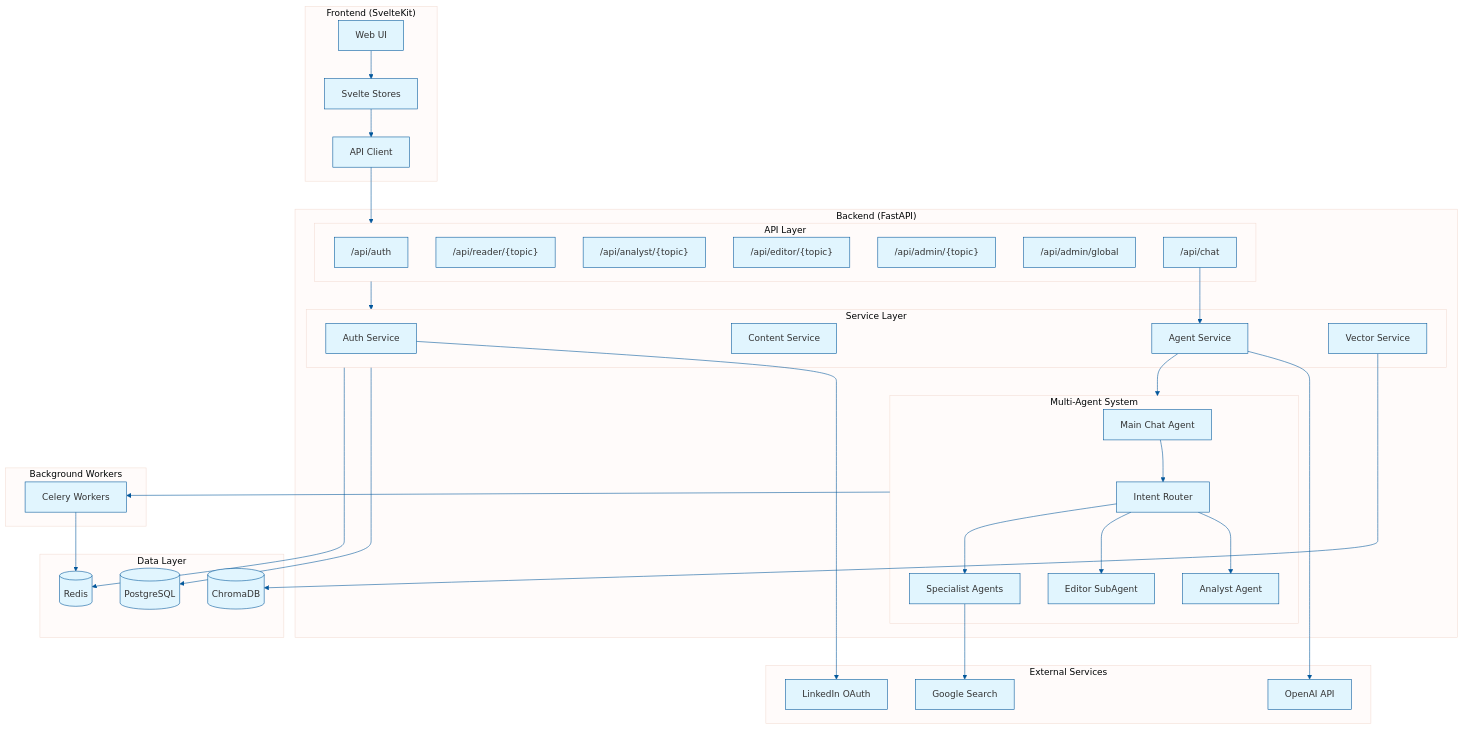
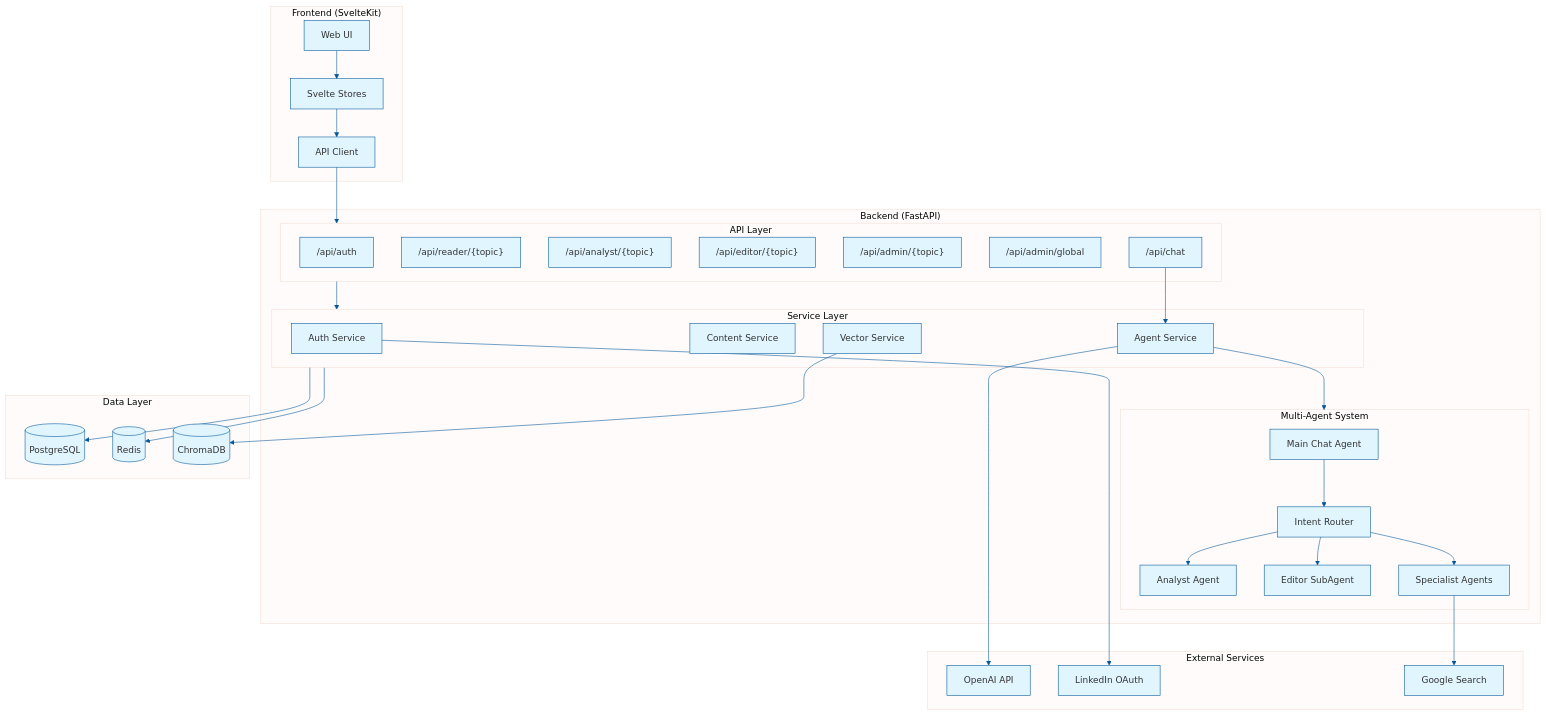
The diagram in docs/diagrams/system-architecture.mmd (simhal/chat_bot), drawn with Mermaid before and after one commit. The commit also changed 115 other files, not shown here.

```diff
--- a/docs/diagrams/system-architecture.mmd
+++ b/docs/diagrams/system-architecture.mmd
@@ -1,74 +1,67 @@
 %%{init: {'theme': 'base', 'themeVariables': { 'primaryColor': '#e1f5fe', 'primaryBorderColor': '#01579b', 'lineColor': '#01579b'}}}%%
 graph TB
     subgraph Frontend["Frontend (SvelteKit)"]
         UI[Web UI]
         Stores[Svelte Stores]
         API_Client[API Client]
     end
 
     subgraph Backend["Backend (FastAPI)"]
         subgraph API_Layer["API Layer"]
             Auth_API["/api/auth"]
             Reader_API["/api/reader/{topic}"]
             Analyst_API["/api/analyst/{topic}"]
             Editor_API["/api/editor/{topic}"]
             Admin_API["/api/admin/{topic}"]
             Global_Admin["/api/admin/global"]
             Chat_API["/api/chat"]
         end
 
         subgraph Services["Service Layer"]
             Auth_Service[Auth Service]
             Content_Service[Content Service]
             Agent_Service[Agent Service]
             Vector_Service[Vector Service]
         end
 
         subgraph Agents["Multi-Agent System"]
             Main_Agent[Main Chat Agent]
             Router[Intent Router]
             Analyst_Agent[Analyst Agent]
             Editor_Agent[Editor SubAgent]
             Specialists[Specialist Agents]
         end
     end
 
-    subgraph Workers["Background Workers"]
-        Celery[Celery Workers]
-    end
-
     subgraph Data["Data Layer"]
         PostgreSQL[(PostgreSQL)]
         Redis[(Redis)]
         ChromaDB[(ChromaDB)]
     end
 
     subgraph External["External Services"]
         OpenAI[OpenAI API]
         LinkedIn[LinkedIn OAuth]
         Google[Google Search]
     end
 
     UI --> Stores
     Stores --> API_Client
     API_Client --> API_Layer
 
     API_Layer --> Services
     Chat_API --> Agent_Service
     Agent_Service --> Agents
 
     Main_Agent --> Router
     Router --> Analyst_Agent
     Router --> Editor_Agent
     Router --> Specialists
 
-    Agents --> Celery
-    Celery --> Redis
-
     Services --> PostgreSQL
     Services --> Redis
     Vector_Service --> ChromaDB
 
     Agent_Service --> OpenAI
     Auth_Service --> LinkedIn
     Specialists --> Google
```
